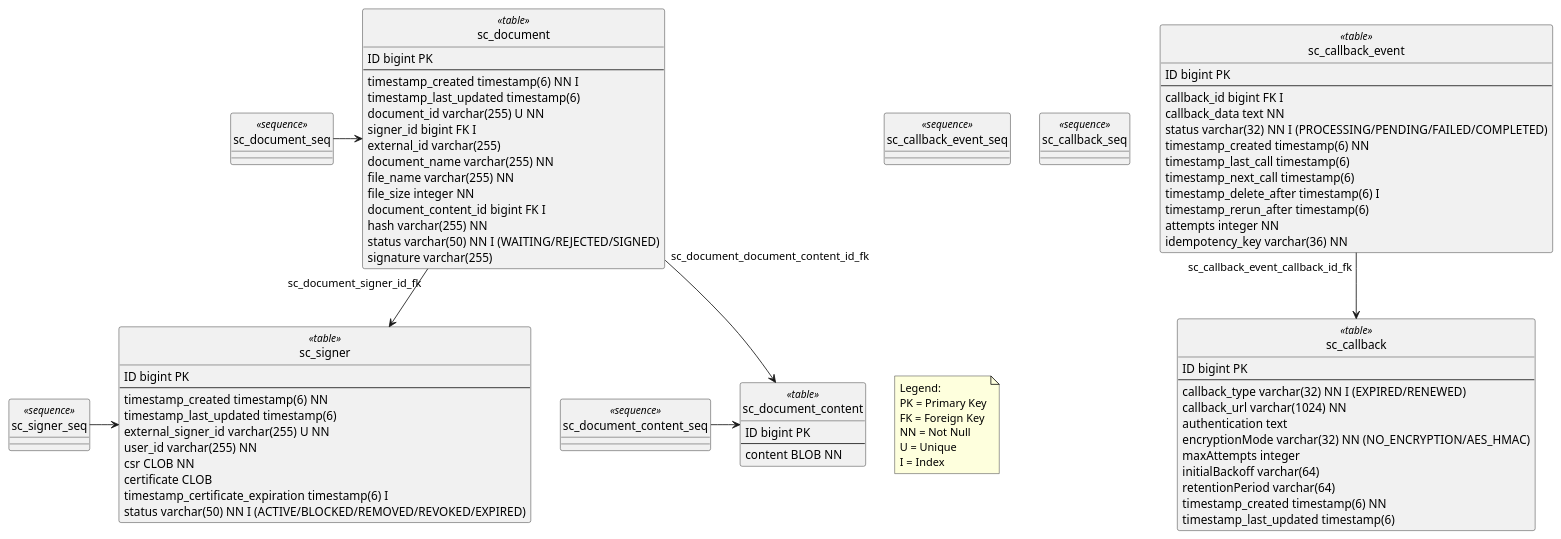
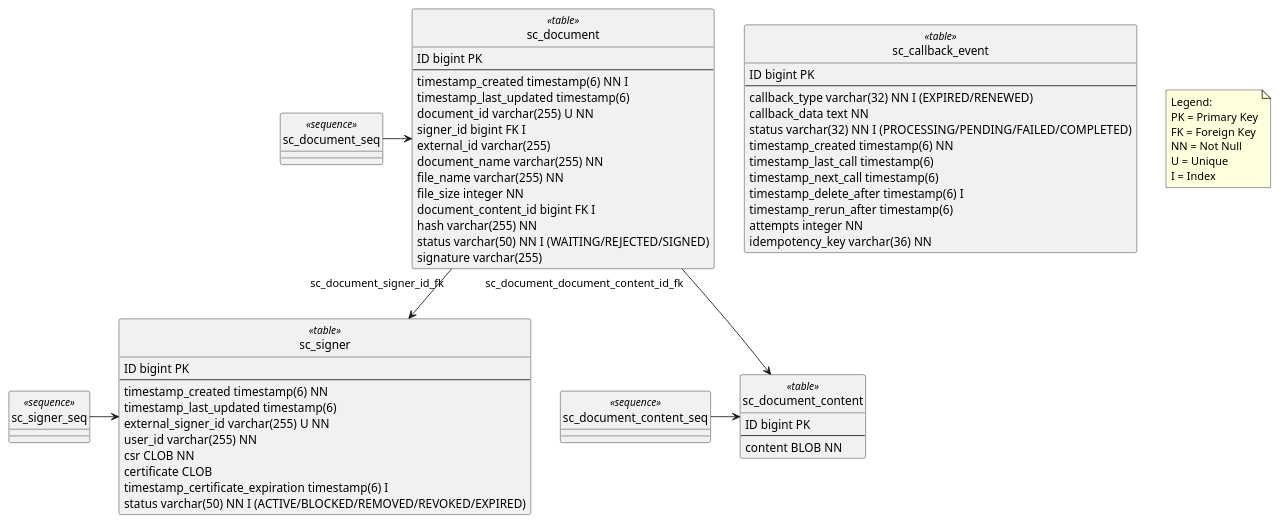
One commit to wultra/signer-cloud changed the diagram in docs-private/signer_cloud_server_database_schema.puml. Above: the diagram before and after it, drawn with PlantUML. The commit also changed 36 other files, not shown here.

```diff
--- a/docs-private/signer_cloud_server_database_schema.puml
+++ b/docs-private/signer_cloud_server_database_schema.puml
@@ -1,93 +1,75 @@
 @startuml
 hide circle
 
 class sc_signer <<table>>{
     ID bigint PK
     --
     timestamp_created timestamp(6) NN
     timestamp_last_updated timestamp(6)
     external_signer_id varchar(255) U NN
     user_id varchar(255) NN
     csr CLOB NN
     certificate CLOB
     timestamp_certificate_expiration timestamp(6) I
     status varchar(50) NN I (ACTIVE/BLOCKED/REMOVED/REVOKED/EXPIRED)
 }
 
 class sc_document <<table>> {
     ID bigint PK
     --
     timestamp_created timestamp(6) NN I
     timestamp_last_updated timestamp(6)
     document_id varchar(255) U NN
     signer_id bigint FK I
     external_id varchar(255)
     document_name varchar(255) NN
     file_name varchar(255) NN
     file_size integer NN
     document_content_id bigint FK I
     hash varchar(255) NN
     status varchar(50) NN I (WAITING/REJECTED/SIGNED)
     signature varchar(255)
 }
 
 class sc_document_content <<table>>{
     ID bigint PK
     --
     content BLOB NN
 }
 
 class sc_callback_event <<table>> {
     ID bigint PK
     --
-    callback_id bigint FK I
+    callback_type varchar(32) NN I (EXPIRED/RENEWED)
     callback_data text NN
     status varchar(32) NN I (PROCESSING/PENDING/FAILED/COMPLETED)
     timestamp_created timestamp(6) NN
     timestamp_last_call timestamp(6)
     timestamp_next_call timestamp(6)
     timestamp_delete_after timestamp(6) I
     timestamp_rerun_after timestamp(6)
     attempts integer NN
     idempotency_key varchar(36) NN
 }
 
-class sc_callback <<table>> {
-    ID bigint PK
-    --
-    callback_type varchar(32) NN I (EXPIRED/RENEWED)
-    callback_url varchar(1024) NN
-    authentication text
-    encryptionMode varchar(32) NN (NO_ENCRYPTION/AES_HMAC)
-    maxAttempts integer
-    initialBackoff varchar(64)
-    retentionPeriod varchar(64)
-    timestamp_created timestamp(6) NN
-    timestamp_last_updated timestamp(6)
-}
-
 class sc_signer_seq <<sequence>>
 class sc_document_seq <<sequence>>
 class sc_document_content_seq <<sequence>>
-class sc_callback_event_seq <<sequence>>
-class sc_callback_seq <<sequence>>
 
 sc_signer_seq -> sc_signer
 sc_document_seq -> sc_document
 sc_document_content_seq -> sc_document_content
 
 sc_document "sc_document_signer_id_fk" --> sc_signer
 sc_document "sc_document_document_content_id_fk" --> sc_document_content
-
-sc_callback_event "sc_callback_event_callback_id_fk" --> sc_callback
 
 note as note1
 Legend:
 PK = Primary Key
 FK = Foreign Key
 NN = Not Null
 U = Unique
 I = Index
 end note
 
 @enduml
```
